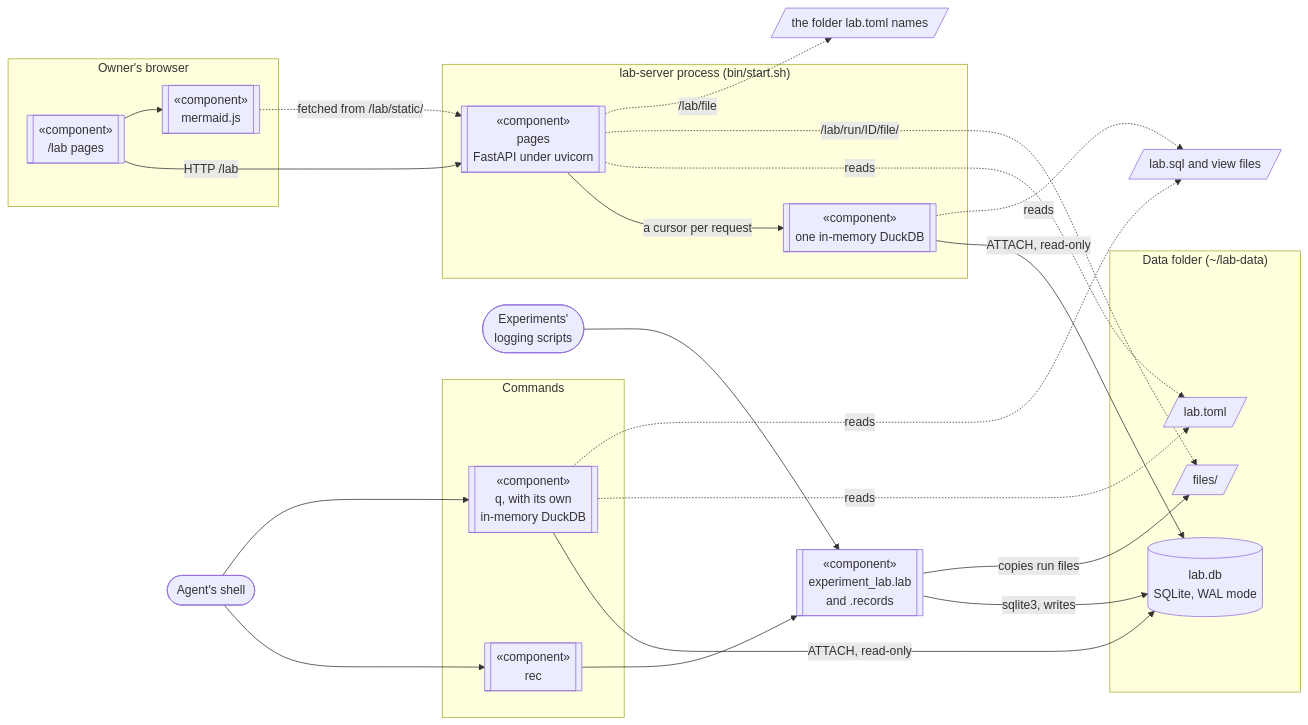
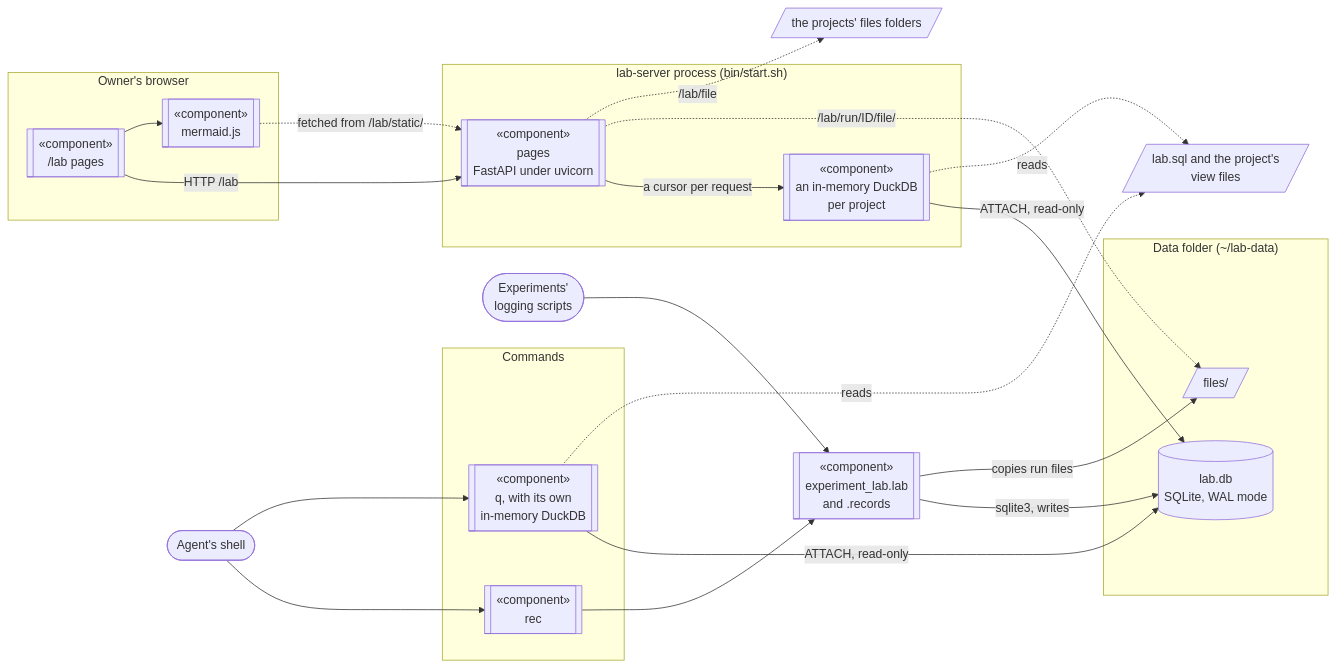
Before and after one commit to dgutson/experiment-lab: the diagram in README.md, drawn with Mermaid. The commit also changed other lines of this file and 23 other files, not shown here.

````diff
--- a/README.md
+++ b/README.md
@@ -50,48 +77,45 @@
 ```mermaid
 flowchart LR
     subgraph browser["Owner's browser"]
         labpage[["«component»<br/>/lab pages"]]
         mermaid[["«component»<br/>mermaid.js"]]
     end
     shell(["Agent's shell"])
     scripts(["Experiments'<br/>logging scripts"])
 
     subgraph server["lab-server process (bin/start.sh)"]
         pages[["«component»<br/>pages<br/>FastAPI under uvicorn"]]
-        pagesdb[["«component»<br/>one in-memory DuckDB"]]
+        pagesdb[["«component»<br/>an in-memory DuckDB<br/>per project"]]
     end
 
     subgraph commands["Commands"]
         rec[["«component»<br/>rec"]]
         q[["«component»<br/>q, with its own<br/>in-memory DuckDB"]]
     end
     lab[["«component»<br/>experiment_lab.lab<br/>and .records"]]
 
     subgraph data["Data folder (~/lab-data)"]
         labdb[("lab.db<br/>SQLite, WAL mode")]
         files[/"files/"/]
-        toml[/"lab.toml"/]
     end
 
-    views[/"lab.sql and view files"/]
-    shown[/"the folder lab.toml names"/]
+    views[/"lab.sql and the project's<br/>view files"/]
+    shown[/"the projects' files folders"/]
 
     labpage -->|"HTTP /lab"| pages
     labpage --> mermaid
     mermaid -.->|"fetched from /lab/static/"| pages
     shell --> rec
     shell --> q
     rec --> lab
     scripts --> lab
     lab -->|"sqlite3, writes"| labdb
     lab -->|"copies run files"| files
     q -->|"ATTACH, read-only"| labdb
-    q -.->|"reads"| toml
     q -.->|"reads"| views
     pages -->|"a cursor per request"| pagesdb
     pagesdb -->|"ATTACH, read-only"| labdb
     pagesdb -.->|"reads"| views
-    pages -.->|"reads"| toml
     pages -.->|"/lab/run/ID/file/"| files
     pages -.->|"/lab/file"| shown
 ```
````
